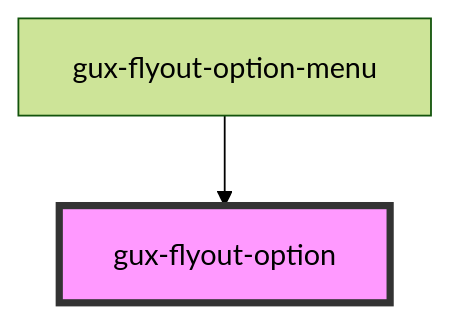
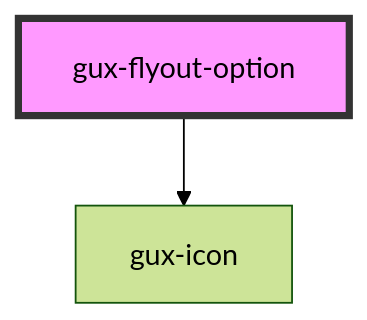
One commit to ueno-llc/genesys-webcomponents changed the diagram in src/components/beta/gux-flyout-menu/gux-flyout-option/readme.md. Above: the diagram before and after it, drawn with Mermaid (forest theme). The commit also changed other lines of this file and 7 other files, not shown here.

````diff
--- a/src/components/beta/gux-flyout-menu/gux-flyout-option/readme.md
+++ b/src/components/beta/gux-flyout-menu/gux-flyout-option/readme.md
@@ -31,5 +26,5 @@
 ```mermaid
 graph TD;
-  gux-flyout-option-menu --> gux-flyout-option
+  gux-flyout-option --> gux-icon
   style gux-flyout-option fill:#f9f,stroke:#333,stroke-width:4px
 ```
````
